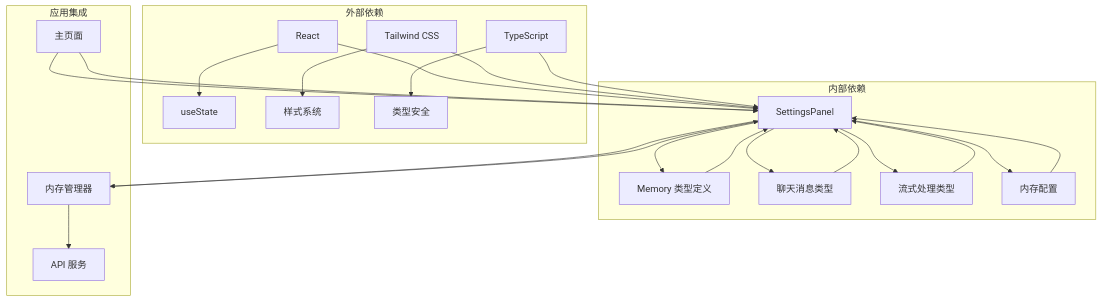
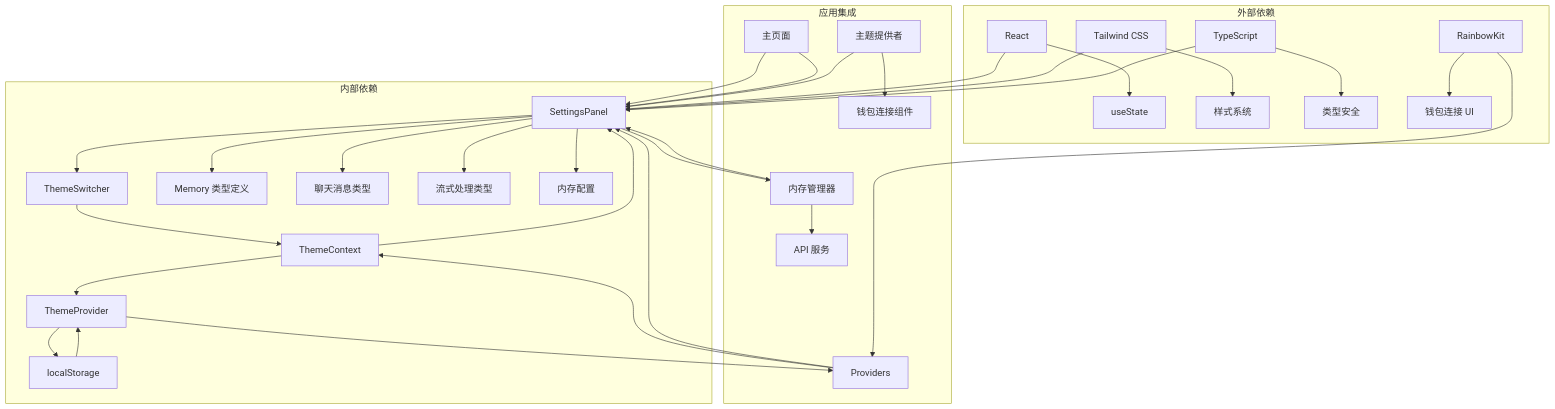
One commit to CryptoLinxu/Web3-AI-Agent changed diagram 11 of 12 in .qoder/repowiki/zh/content/项目概述/整体架构概览/Web应用程序/设置面板组件.md. Above: the diagram before and after it, drawn with Mermaid. The commit also changed other lines of this file and 18 other files, not shown here.

````diff
--- a/.qoder/repowiki/zh/content/项目概述/整体架构概览/Web应用程序/设置面板组件.md
+++ b/.qoder/repowiki/zh/content/项目概述/整体架构概览/Web应用程序/设置面板组件.md
@@ -302,28 +472,37 @@
 ```mermaid
 graph TB
 subgraph "外部依赖"
 A[React] --> B[useState]
 C[Tailwind CSS] --> D[样式系统]
 E[TypeScript] --> F[类型安全]
+G[RainbowKit] --> H[钱包连接 UI]
 end
 subgraph "内部依赖"
-G[SettingsPanel] --> H[Memory 类型定义]
-G --> I[聊天消息类型]
-G --> J[流式处理类型]
-G --> K[内存配置]
+I[SettingsPanel] --> J[ThemeSwitcher]
+I --> K[Memory 类型定义]
+I --> L[聊天消息类型]
+I --> M[流式处理类型]
+I --> N[内存配置]
+J --> O[ThemeContext]
+O --> P[ThemeProvider]
+P --> Q[localStorage]
 end
 subgraph "应用集成"
-L[主页面] --> G
-G --> M[内存管理器]
-M --> N[API 服务]
+R[主页面] --> I
+I --> S[内存管理器]
+T[Providers] --> O
+U[主题提供者] --> V[钱包连接组件]
+S --> W[API 服务]
 end
-A --> G
-C --> G
-E --> G
-H --> G
-I --> G
-J --> G
-K --> G
-L --> G
-M --> G
+A --> I
+C --> I
+E --> I
+G --> T
+O --> I
+P --> T
+Q --> P
+R --> I
+S --> I
+T --> I
+U --> I
 ```
````
